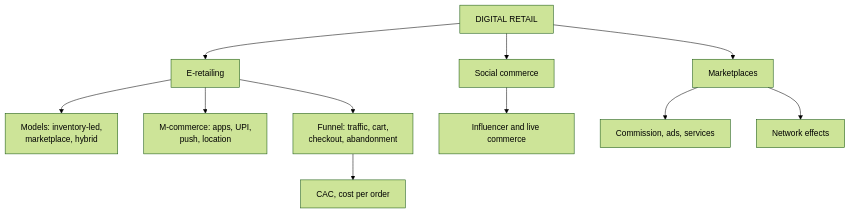
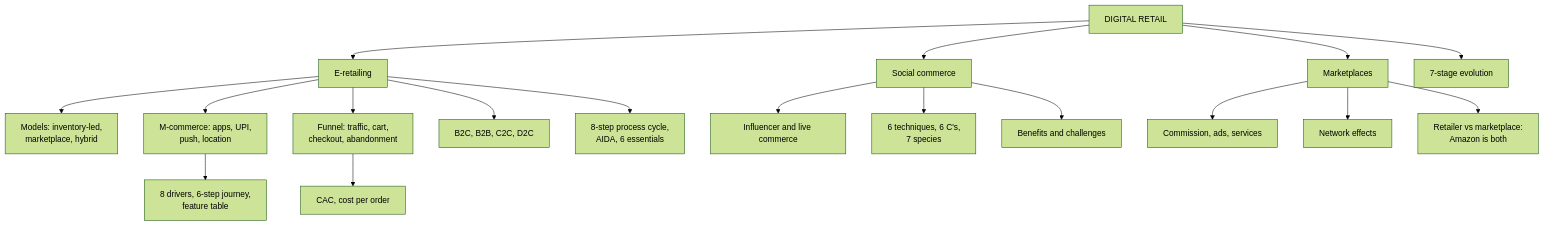
One commit to Lokiragnarock/ahhh changed the diagram in content/recall/retail-management/Retail Management Unit 5 - DR-1 E-Retailing M-Commerce and Social Commerce.md. Above: the diagram before and after it, drawn with Mermaid (forest theme). The commit also changed other lines of this file and 6 other files, not shown here.

````diff
--- a/content/recall/retail-management/Retail Management Unit 5 - DR-1 E-Retailing M-Commerce and Social Commerce.md
+++ b/content/recall/retail-management/Retail Management Unit 5 - DR-1 E-Retailing M-Commerce and Social Commerce.md
@@ -119,13 +323,20 @@
 ```mermaid
 graph TD
     D["DIGITAL RETAIL"] --> ER["E-retailing"]
     ER --> MD["Models: inventory-led,<br/>marketplace, hybrid"]
     ER --> MC["M-commerce: apps, UPI,<br/>push, location"]
     ER --> FN["Funnel: traffic, cart,<br/>checkout, abandonment"]
     D --> SC["Social commerce"]
     SC --> IN["Influencer and live commerce"]
     D --> MP["Marketplaces"]
     MP --> MO["Commission, ads, services"]
     MP --> NE["Network effects"]
     FN --> AC["CAC, cost per order"]
+    ER --> BM["B2C, B2B, C2C, D2C"]
+    ER --> PC["8-step process cycle,<br/>AIDA, 6 essentials"]
+    D --> EV["7-stage evolution"]
+    MC --> MJ["8 drivers, 6-step journey,<br/>feature table"]
+    SC --> SM["6 techniques, 6 C's,<br/>7 species"]
+    SC --> SB["Benefits and challenges"]
+    MP --> RM["Retailer vs marketplace:<br/>Amazon is both"]
 ```
````
